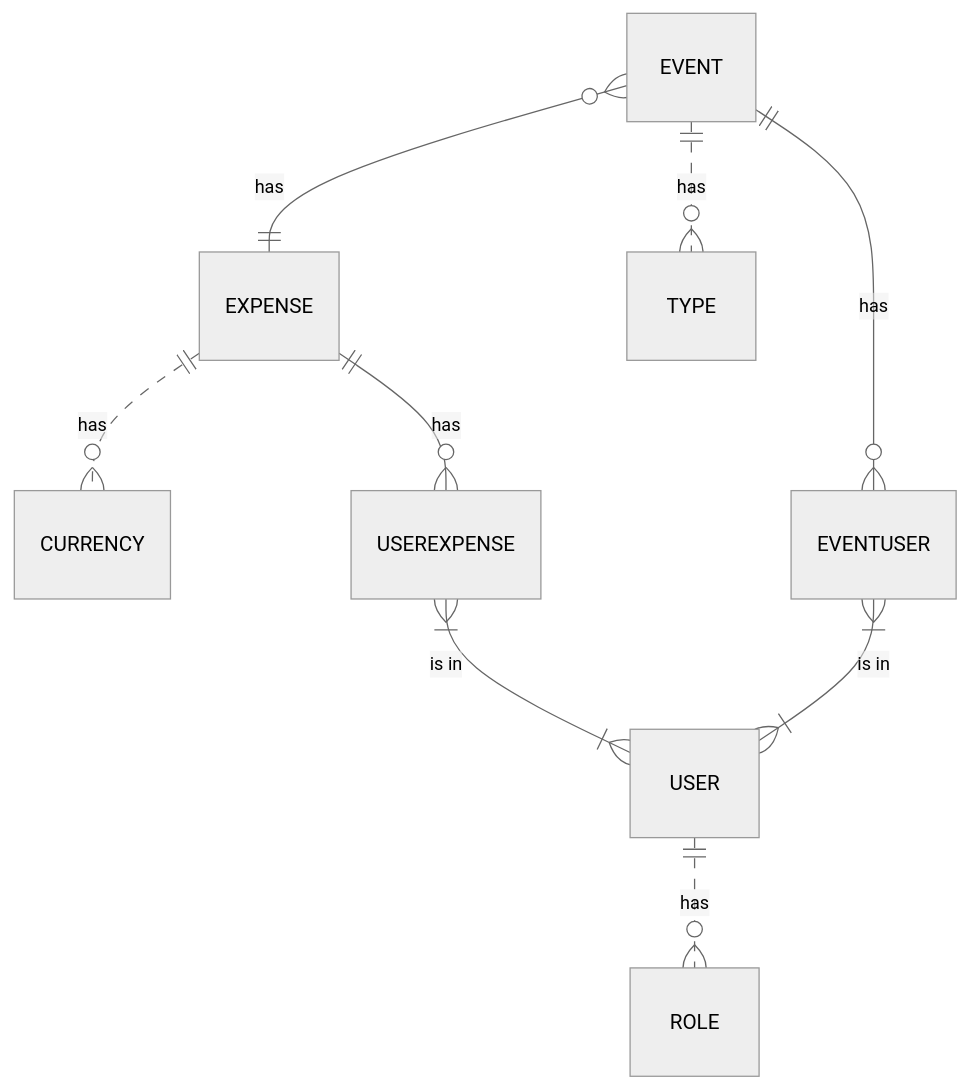
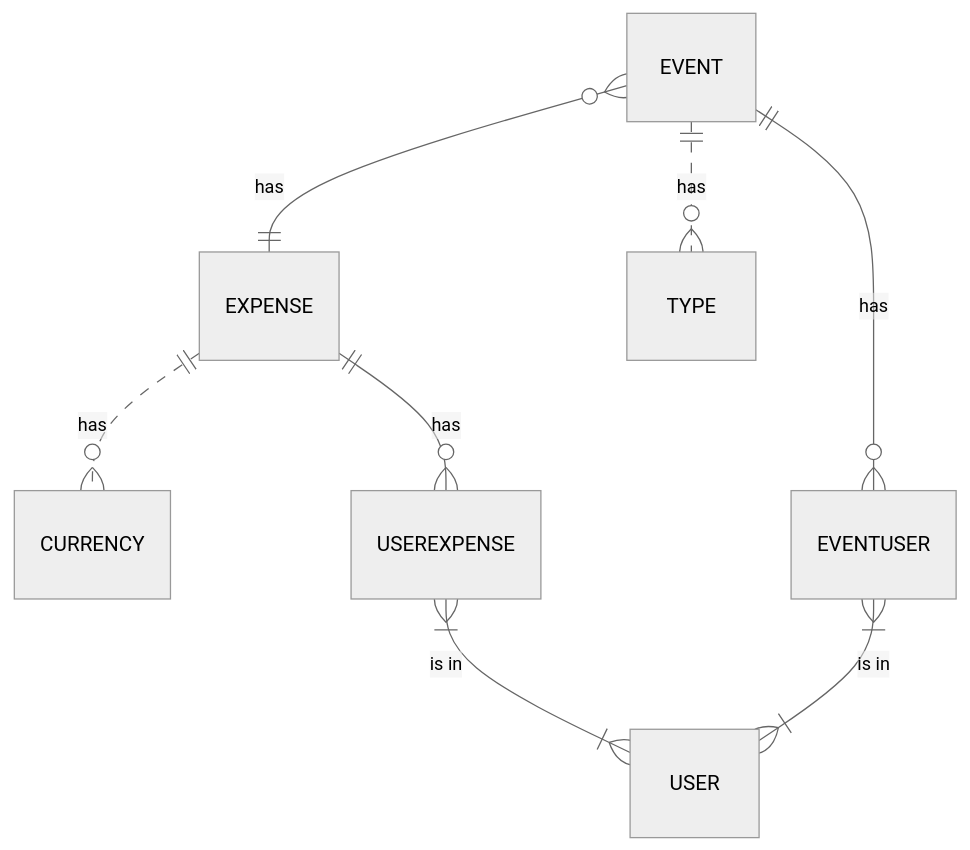
Before and after one commit to miguel-square/TripBudget: the first of 2 diagrams in README.md, drawn with Mermaid (neutral theme). The commit also changed other lines of this file, not shown here.

Commit message:
Fix ER Diagram in README.md

````diff
--- a/README.md
+++ b/README.md
@@ -44,11 +44,10 @@
 ```mermaid
 erDiagram
-    USER ||..o{ ROLE : "has"
     EXPENSE ||..o{ CURRENCY : "has"
     EVENT ||..o{ TYPE : "has"
     EVENT o{--|| EXPENSE : has
     EXPENSE ||--o{ USEREXPENSE : has
     USEREXPENSE }|--|{ USER : "is in"
     EVENT ||--o{ EVENTUSER : has
     EVENTUSER }|--|{ USER : "is in"  
 ```
````
